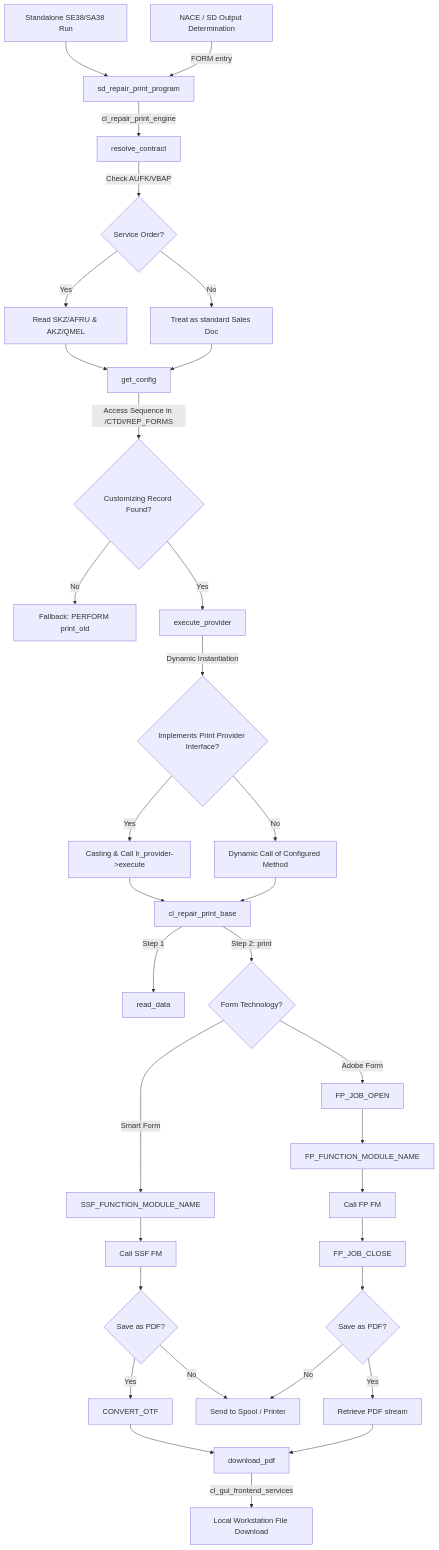
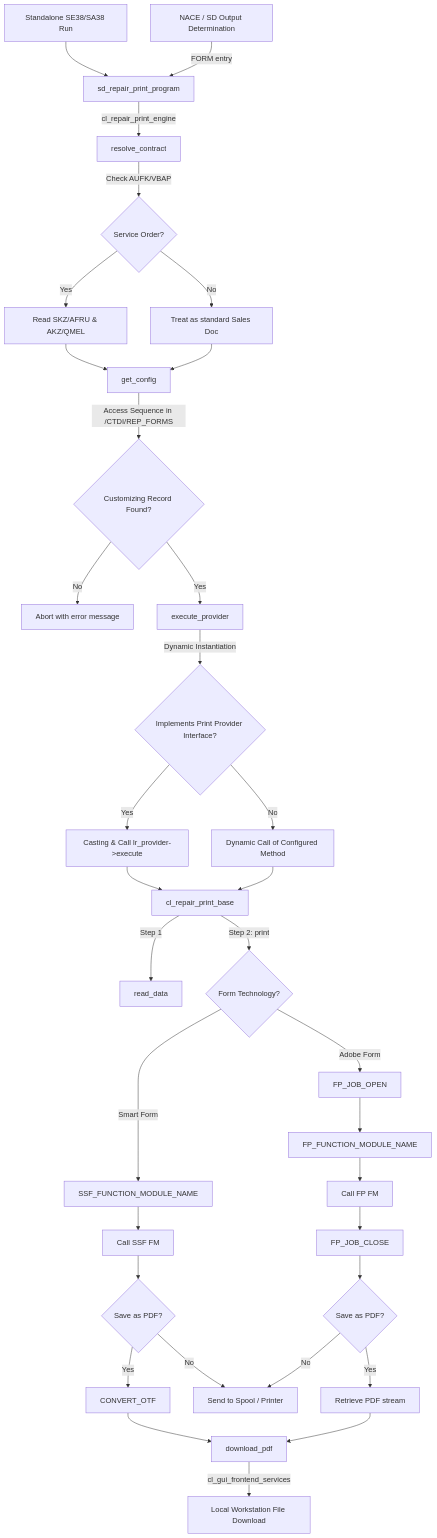
The diagram in docs/printing_flow.md (sbozbuga/DynAbap), drawn with Mermaid before and after one commit. The commit also changed other lines of this file and 2 other files, not shown here.

Commit message:
docs: remove legacy print_old fallback references

````diff
--- a/docs/printing_flow.md
+++ b/docs/printing_flow.md
@@ -135,51 +135,52 @@
 ```mermaid
 graph TD
     %% Entry Points
     A[Standalone SE38/SA38 Run] --> C[sd_repair_print_program]
     B[NACE / SD Output Determination] -->|FORM entry| C
 
     %% Resolution Engine
     C -->|cl_repair_print_engine| D[resolve_contract]
     D -->|Check AUFK/VBAP| E{Service Order?}
     E -->|Yes| F[Read SKZ/AFRU & AKZ/QMEL]
     E -->|No| G[Treat as standard Sales Doc]
     
     F --> H[get_config]
     G --> H
     
     H -->|Access Sequence in /CTDI/REP_FORMS| I{Customizing Record Found?}
-    I -->|No| J[Fallback: PERFORM print_old]
+    I -->|No| J[Abort with error message]
     I -->|Yes| K[execute_provider]
+
 
     %% Provider Execution
     K -->|Dynamic Instantiation| L{Implements Print Provider Interface?}
     L -->|Yes| M[Casting & Call lr_provider->execute]
     L -->|No| N[Dynamic Call of Configured Method]
     
     %% Base Print Class Pipeline
     M --> O[cl_repair_print_base]
     N --> O
     O -->|Step 1| P[read_data]
     O -->|Step 2: print| Q{Form Technology?}
     
     %% Smart Forms
     Q -->|Smart Form| R[SSF_FUNCTION_MODULE_NAME]
     R --> S[Call SSF FM]
     S --> T{Save as PDF?}
     T -->|Yes| U[CONVERT_OTF]
     T -->|No| V[Send to Spool / Printer]
     
     %% Adobe Forms
     Q -->|Adobe Form| W[FP_JOB_OPEN]
     W --> X[FP_FUNCTION_MODULE_NAME]
     X --> Y[Call FP FM]
     Y --> Z[FP_JOB_CLOSE]
     Z --> AA{Save as PDF?}
     AA -->|Yes| AB[Retrieve PDF stream]
     AA -->|No| V
     
     %% Local Download
     U --> AC[download_pdf]
     AB --> AC
     AC -->|cl_gui_frontend_services| AD[Local Workstation File Download]
 ```
````
